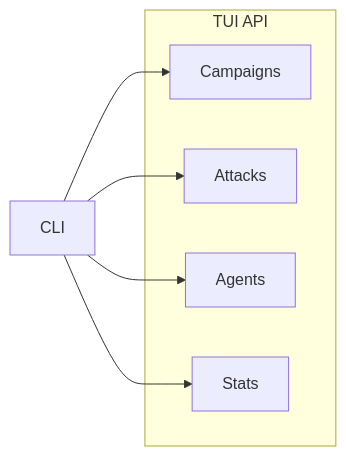
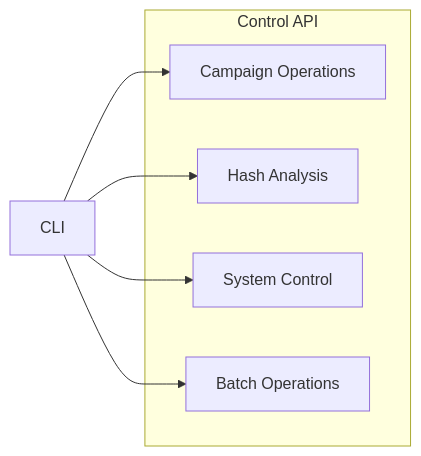
The third of 6 diagrams in docs/api/overview.md (unclesp1d3r/CipherSwarm), drawn with Mermaid before and after one commit. The commit also changed other lines of this file and 2 other files, not shown here.

First line of the commit message:
docs(api): update API documentation to reflect recent changes

````diff
--- a/docs/api/overview.md
+++ b/docs/api/overview.md
@@ -77,11 +98,11 @@
 ```mermaid
 graph LR
-    subgraph "TUI API"
-        T1[Campaigns]
-        T2[Attacks]
-        T3[Agents]
-        T4[Stats]
+    subgraph "Control API"
+        C1[Campaign Operations]
+        C2[Hash Analysis]
+        C3[System Control]
+        C4[Batch Operations]
     end
 
-    CLI --> T1 & T2 & T3 & T4
+    CLI --> C1 & C2 & C3 & C4
 ```
````
